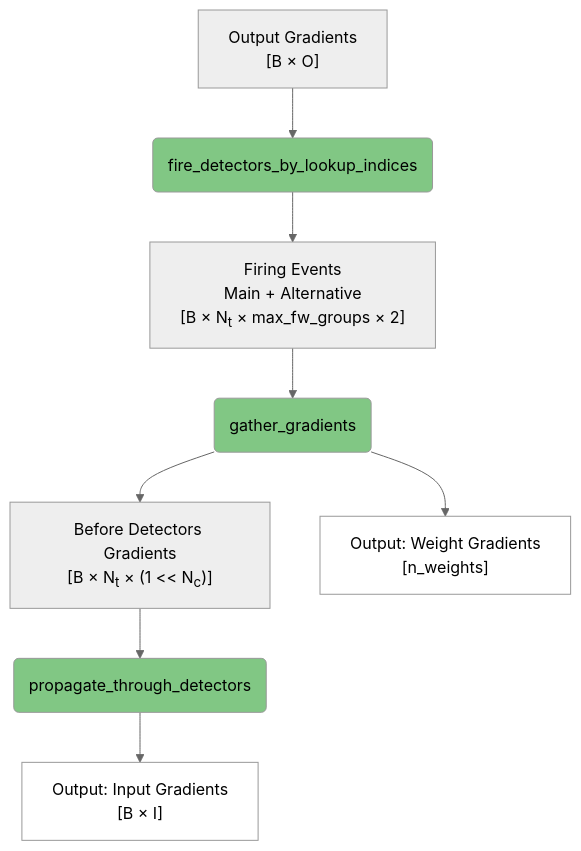
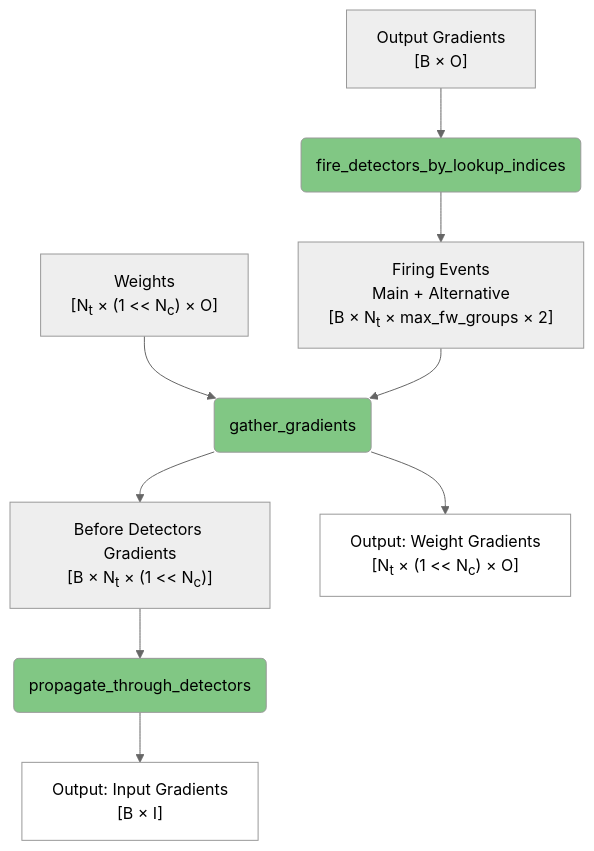
Before and after one commit to anatoli-starostin/spiky: the fourth of 6 diagrams in spiky_cuda/lut/doc/LUT_RUNTIME_DATA_FLOW.md, drawn with Mermaid (neutral theme). The commit also changed other lines of this file, not shown here.

````diff
--- a/spiky_cuda/lut/doc/LUT_RUNTIME_DATA_FLOW.md
+++ b/spiky_cuda/lut/doc/LUT_RUNTIME_DATA_FLOW.md
@@ -79,20 +85,21 @@
 ```mermaid
 flowchart TD
     A["Output Gradients<br/>[B × O]"] --> B(fire_detectors_by_lookup_indices)
     
     B --> C["Firing Events<br/>Main&nbsp;+&nbsp;Alternative<br/>[B&nbsp;×&nbsp;N<sub>t</sub>&nbsp;×&nbsp;max_fw_groups&nbsp;×&nbsp;2]"]
     
-    C --> D(gather_gradients)
+    W4["Weights<br/>[N<sub>t</sub> × (1 << N<sub>c</sub>) × O]"] --> D(gather_gradients)
+    C --> D
     
     D --> E["Before Detectors Gradients<br/>[B × N<sub>t</sub> × (1 << N<sub>c</sub>)]"]
-    D --> F["Output: Weight Gradients<br/>[n_weights]"]
+    D --> F["Output: Weight Gradients<br/>[N<sub>t</sub>&nbsp;×&nbsp;(1&nbsp;<<&nbsp;N<sub>c</sub>)&nbsp;×&nbsp;O]"]
     
     E --> G(propagate_through_detectors)
     G --> H["Output: Input Gradients<br/>[B × I]"]
     
     style B fill:#81c784,color:#000000
     style D fill:#81c784,color:#000000
     style G fill:#81c784,color:#000000
     style F fill:#ffffff,color:#000000
     style H fill:#ffffff,color:#000000
 ```
````
